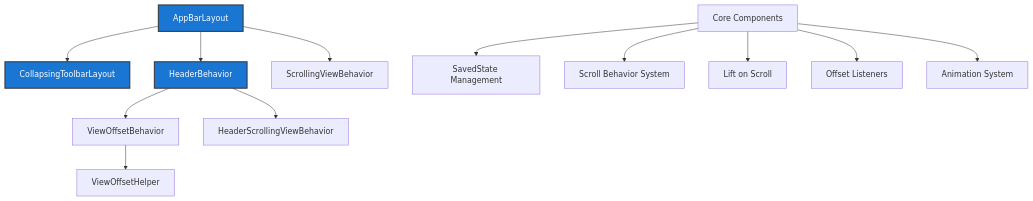
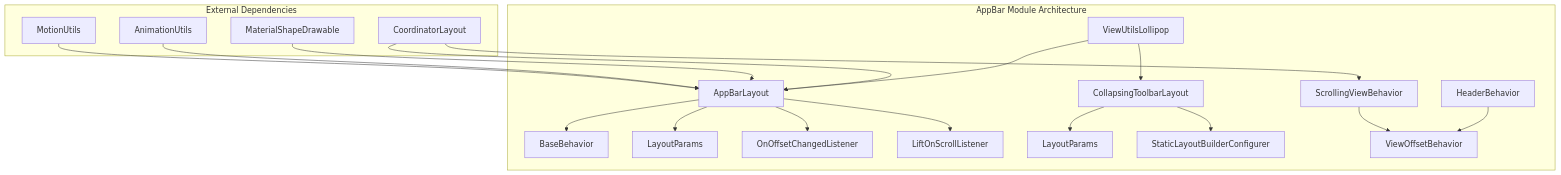
Before and after one commit to FSoft-AI4Code/codewiki-demo: the diagram in docs/material-components--material-components-android-docs/appbar.md, drawn with Mermaid. The commit also changed other lines of this file and 1103 other files, not shown here.

````diff
--- a/docs/material-components--material-components-android-docs/appbar.md
+++ b/docs/material-components--material-components-android-docs/appbar.md
@@ -9,19 +18,26 @@
 ```mermaid
-graph TD
-    A[AppBarLayout] --> B[CollapsingToolbarLayout]
-    A --> C[HeaderBehavior]
-    A --> D[ScrollingViewBehavior]
-    C --> E[ViewOffsetBehavior]
-    C --> F[HeaderScrollingViewBehavior]
-    E --> G[ViewOffsetHelper]
+graph TB
+    subgraph "AppBar Module Architecture"
+        A[AppBarLayout] --> B[BaseBehavior]
+        A --> C[LayoutParams]
+        A --> D[OnOffsetChangedListener]
+        A --> E[LiftOnScrollListener]
+        
+        F[CollapsingToolbarLayout] --> G[LayoutParams]
+        F --> H[StaticLayoutBuilderConfigurer]
+        
+        I[HeaderBehavior] --> J[ViewOffsetBehavior]
+        K[ScrollingViewBehavior] --> J
+        
+        L[ViewUtilsLollipop] --> A
+        L --> F
+    end
     
-    H[Core Components] --> I[SavedState Management]
-    H --> J[Scroll Behavior System]
-    H --> K[Lift on Scroll]
-    H --> L[Offset Listeners]
-    H --> M[Animation System]
-    
-    style A fill:#1976d2,stroke:#333,stroke-width:2px,color:#fff
-    style B fill:#1976d2,stroke:#333,stroke-width:2px,color:#fff
-    style C fill:#1976d2,stroke:#333,stroke-width:2px,color:#fff
+    subgraph "External Dependencies"
+        M[CoordinatorLayout] --> A
+        M --> K
+        N[MaterialShapeDrawable] --> A
+        O[AnimationUtils] --> A
+        P[MotionUtils] --> A
+    end
 ```
````
